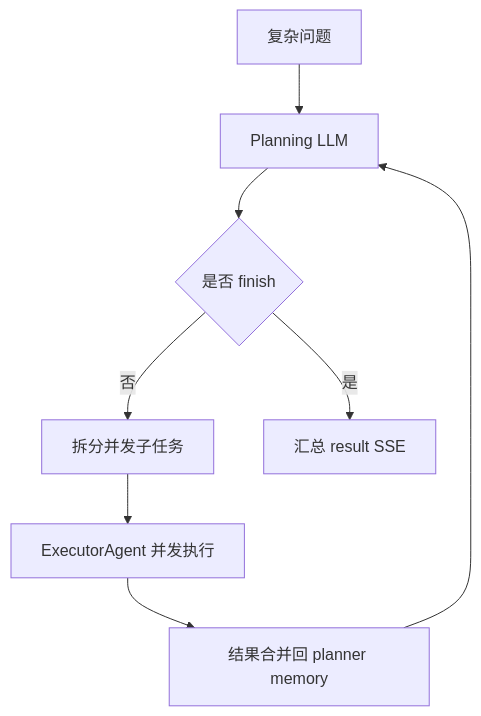
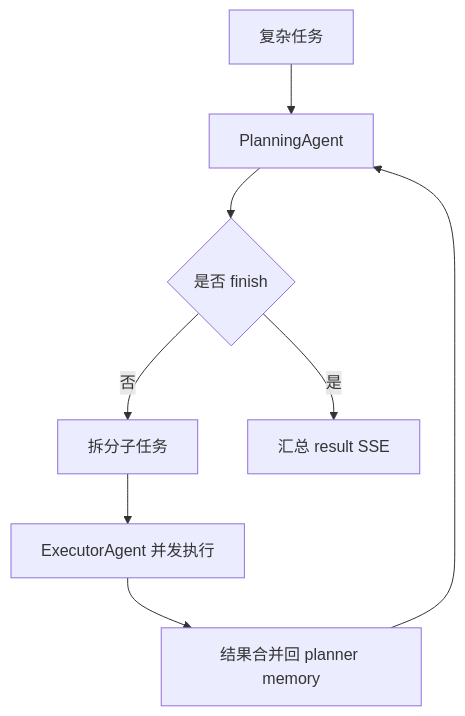
The third of 3 diagrams in README.md (MiRuiZhi/MRZ-s-ai-agent), drawn with Mermaid before and after one commit. The commit also changed other lines of this file and 8 other files, not shown here.

````diff
--- a/README.md
+++ b/README.md
@@ -96,10 +71,10 @@
 ```mermaid
 flowchart TD
-    A["复杂问题"] --> B["Planning LLM"]
+    A["复杂任务"] --> B["PlanningAgent"]
     B --> C{"是否 finish"}
-    C -->|否| D["拆分并发子任务"]
+    C -->|否| D["拆分子任务"]
     D --> E["ExecutorAgent 并发执行"]
     E --> F["结果合并回 planner memory"]
     F --> B
     C -->|是| G["汇总 result SSE"]
 ```
````
